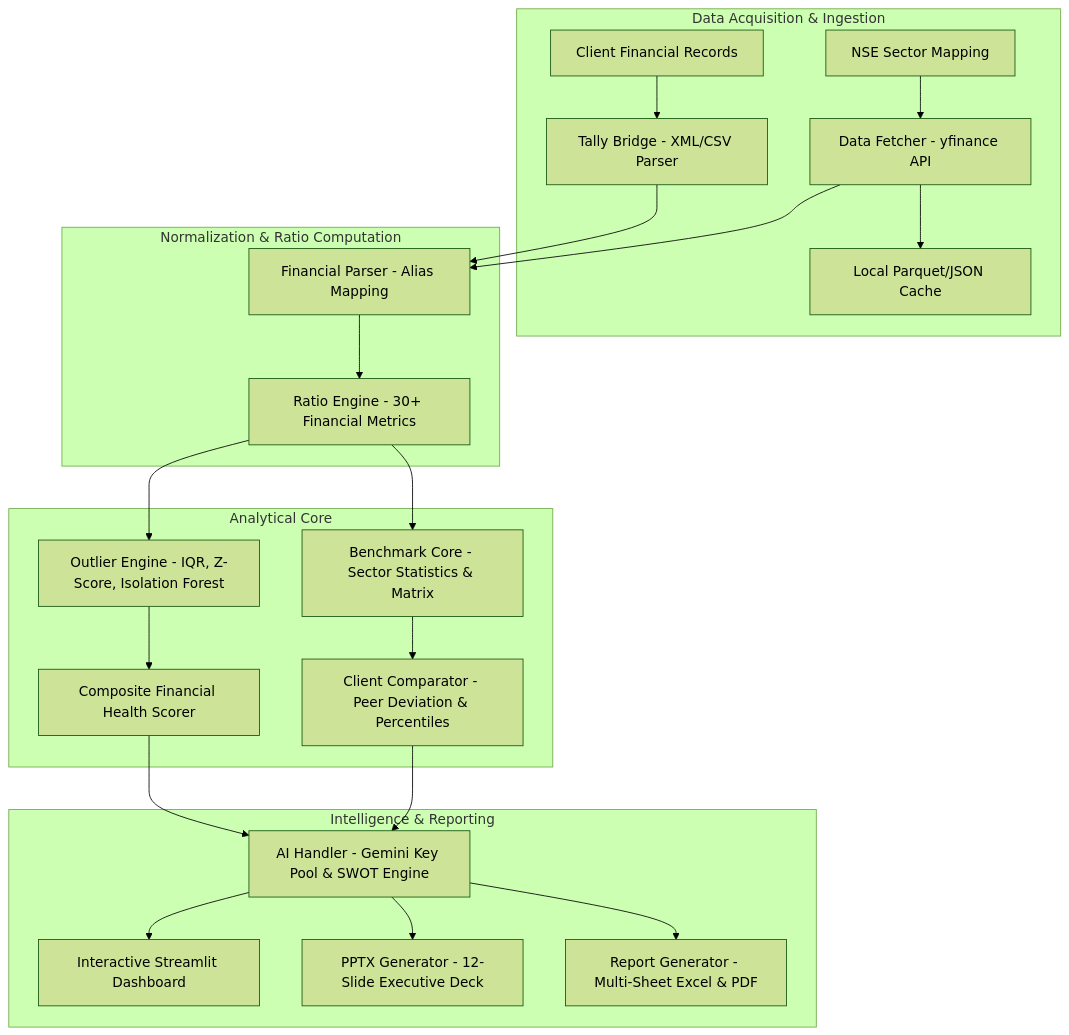
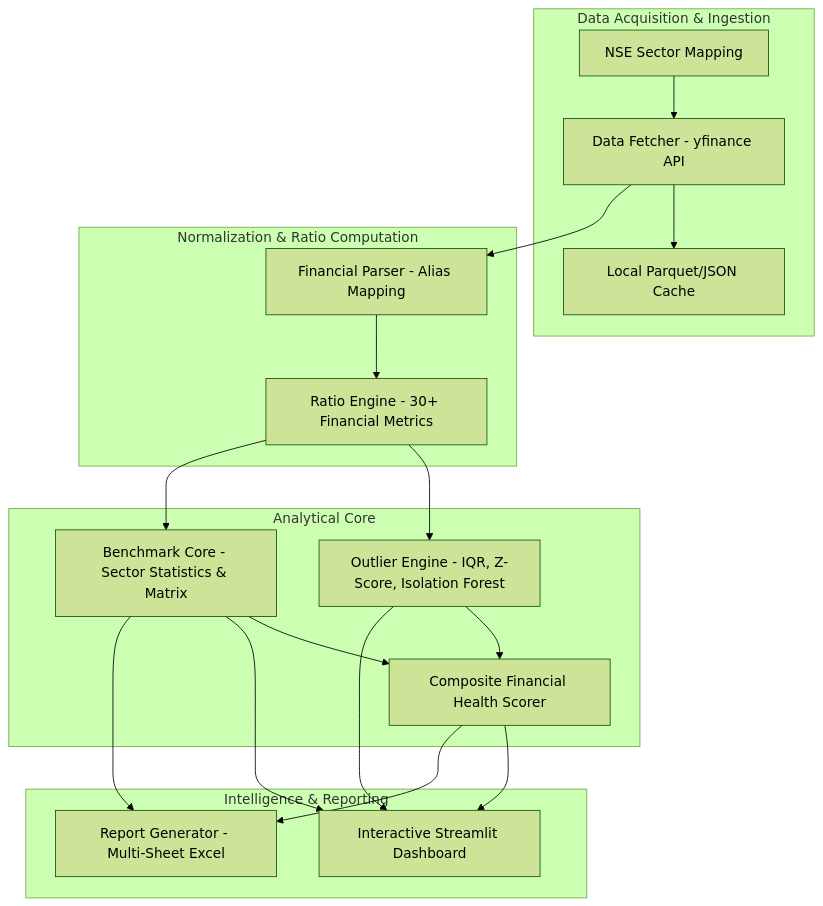
The diagram in README.md (hi1r0/finmetrics-PU), drawn with Mermaid (forest theme) before and after one commit. The commit also changed other lines of this file and 26 other files, not shown here.

````diff
--- a/README.md
+++ b/README.md
@@ -9,29 +9,27 @@
 ```mermaid
 graph TD
     subgraph Data Acquisition & Ingestion
         A1[NSE Sector Mapping] --> B1[Data Fetcher - yfinance API]
-        A2[Client Financial Records] --> B2[Tally Bridge - XML/CSV Parser]
         B1 --> C1[Local Parquet/JSON Cache]
     end
 
     subgraph Normalization & Ratio Computation
         B1 --> D1[Financial Parser - Alias Mapping]
-        B2 --> D1
         D1 --> E1[Ratio Engine - 30+ Financial Metrics]
     end
 
     subgraph Analytical Core
         E1 --> F1[Outlier Engine - IQR, Z-Score, Isolation Forest]
         E1 --> F2[Benchmark Core - Sector Statistics & Matrix]
-        F2 --> G1[Client Comparator - Peer Deviation & Percentiles]
         F1 --> H1[Composite Financial Health Scorer]
+        F2 --> H1
     end
 
     subgraph Intelligence & Reporting
-        G1 --> I1[AI Handler - Gemini Key Pool & SWOT Engine]
-        H1 --> I1
-        I1 --> J1[Interactive Streamlit Dashboard]
-        I1 --> J2[PPTX Generator - 12-Slide Executive Deck]
-        I1 --> J3[Report Generator - Multi-Sheet Excel & PDF]
+        H1 --> J1[Interactive Streamlit Dashboard]
+        F2 --> J1
+        F1 --> J1
+        H1 --> J2[Report Generator - Multi-Sheet Excel]
+        F2 --> J2
     end
 ```
````
